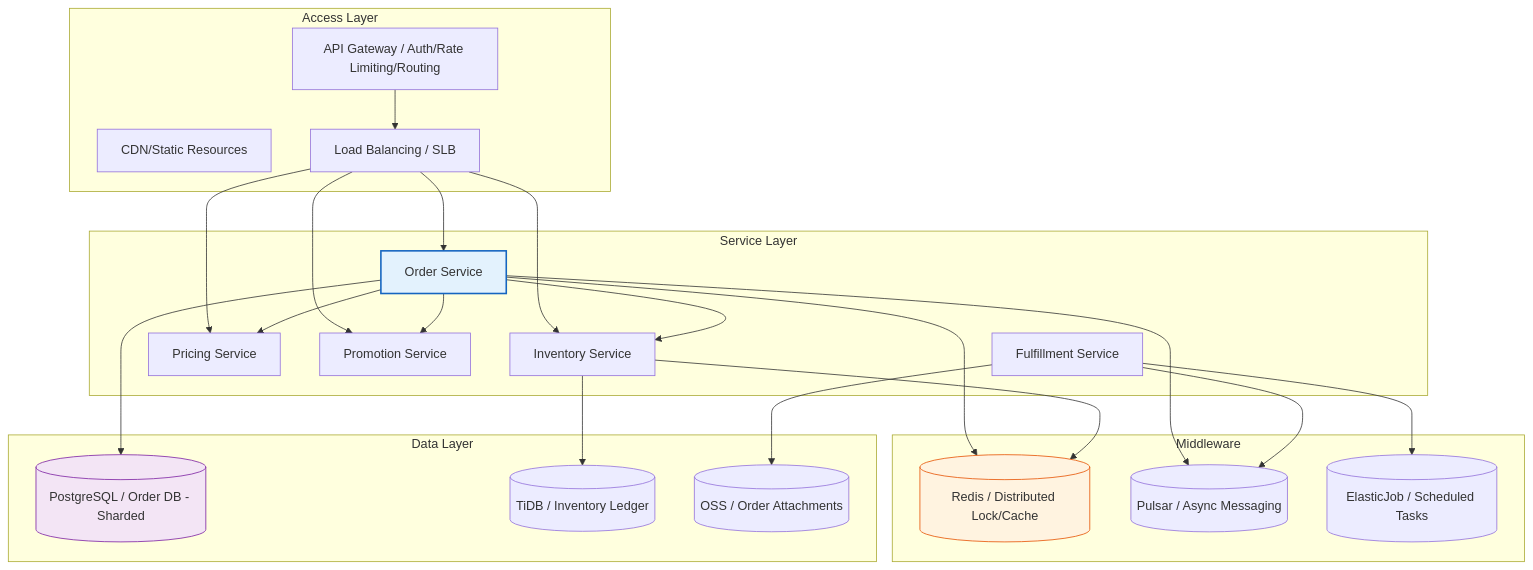
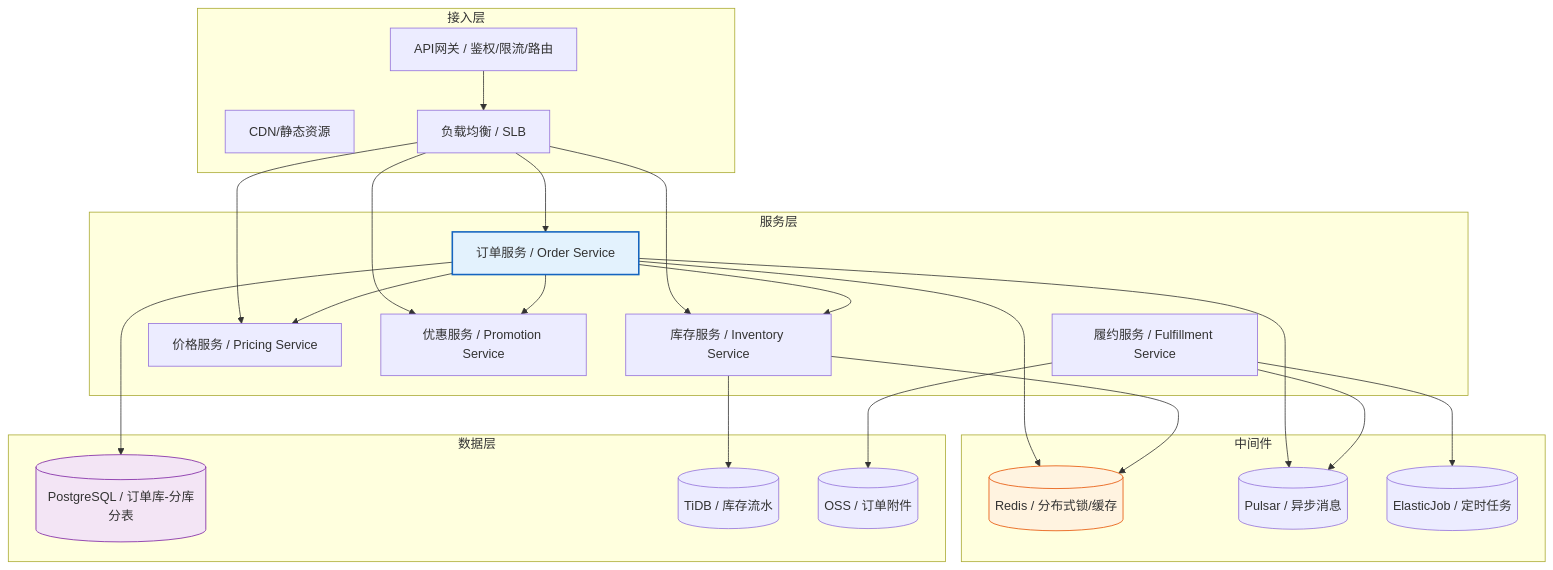
Before and after one commit to Kirky-X/cangjie: the third of 11 diagrams in templates/Product/Product/Template-FRD.md, drawn with Mermaid. The commit also changed other lines of this file and 33 other files, not shown here.

````diff
--- a/templates/Product/Product/Template-FRD.md
+++ b/templates/Product/Product/Template-FRD.md
@@ -114,49 +114,49 @@
 ```mermaid
 graph TB
-    subgraph Access Layer
-        A1[CDN/Static Resources]
-        A2[API Gateway / Auth/Rate Limiting/Routing]
-        A3[Load Balancing / SLB]
+    subgraph 接入层
+        A1[CDN/静态资源]
+        A2[API网关 / 鉴权/限流/路由]
+        A3[负载均衡 / SLB]
     end
 
-    subgraph Service Layer
-        B1[Order Service]
-        B2[Inventory Service]
-        B3[Pricing Service]
-        B4[Promotion Service]
-        B5[Fulfillment Service]
+    subgraph 服务层
+        B1[订单服务 / Order Service]
+        B2[库存服务 / Inventory Service]
+        B3[价格服务 / Pricing Service]
+        B4[优惠服务 / Promotion Service]
+        B5[履约服务 / Fulfillment Service]
     end
 
-    subgraph Middleware
-        C1[(Redis / Distributed Lock/Cache)]
-        C2[(Pulsar / Async Messaging)]
-        C3[(ElasticJob / Scheduled Tasks)]
+    subgraph 中间件
+        C1[(Redis / 分布式锁/缓存)]
+        C2[(Pulsar / 异步消息)]
+        C3[(ElasticJob / 定时任务)]
     end
 
-    subgraph Data Layer
-        D1[(PostgreSQL / Order DB - Sharded)]
-        D2[(TiDB / Inventory Ledger)]
-        D3[(OSS / Order Attachments)]
+    subgraph 数据层
+        D1[(PostgreSQL / 订单库-分库分表)]
+        D2[(TiDB / 库存流水)]
+        D3[(OSS / 订单附件)]
     end
 
     A2 --> A3
     A3 --> B1
     A3 --> B2
     A3 --> B3
     A3 --> B4
     B1 --> B2
     B1 --> B3
     B1 --> B4
     B1 --> C1
     B1 --> C2
     B2 --> C1
     B5 --> C2
     B5 --> C3
     B1 --> D1
     B2 --> D2
     B5 --> D3
 
     style B1 fill:#e3f2fd,stroke:#1565c0,stroke-width:2px
     style C1 fill:#fff3e0,stroke:#e65100
     style D1 fill:#f3e5f5,stroke:#7b1fa2
 ```
````
